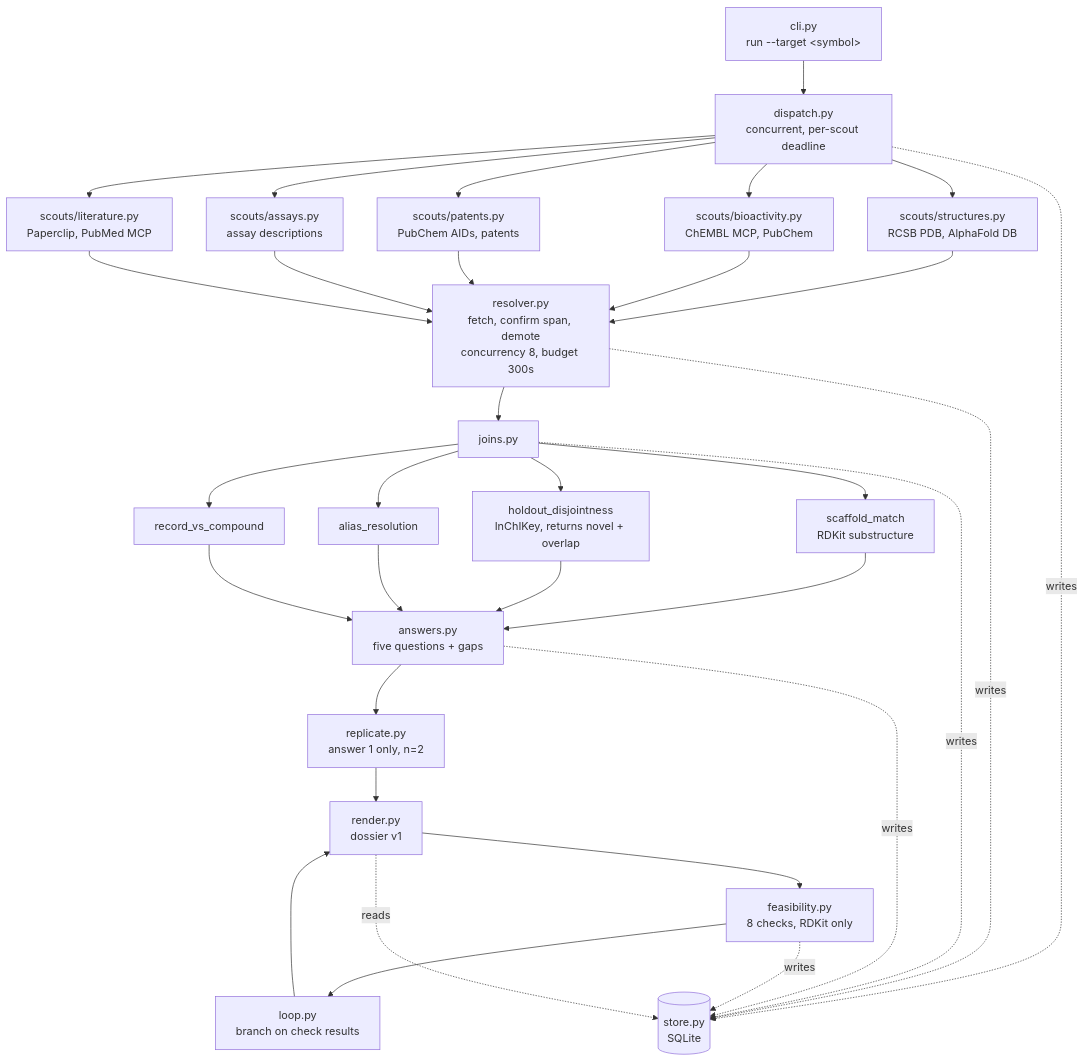
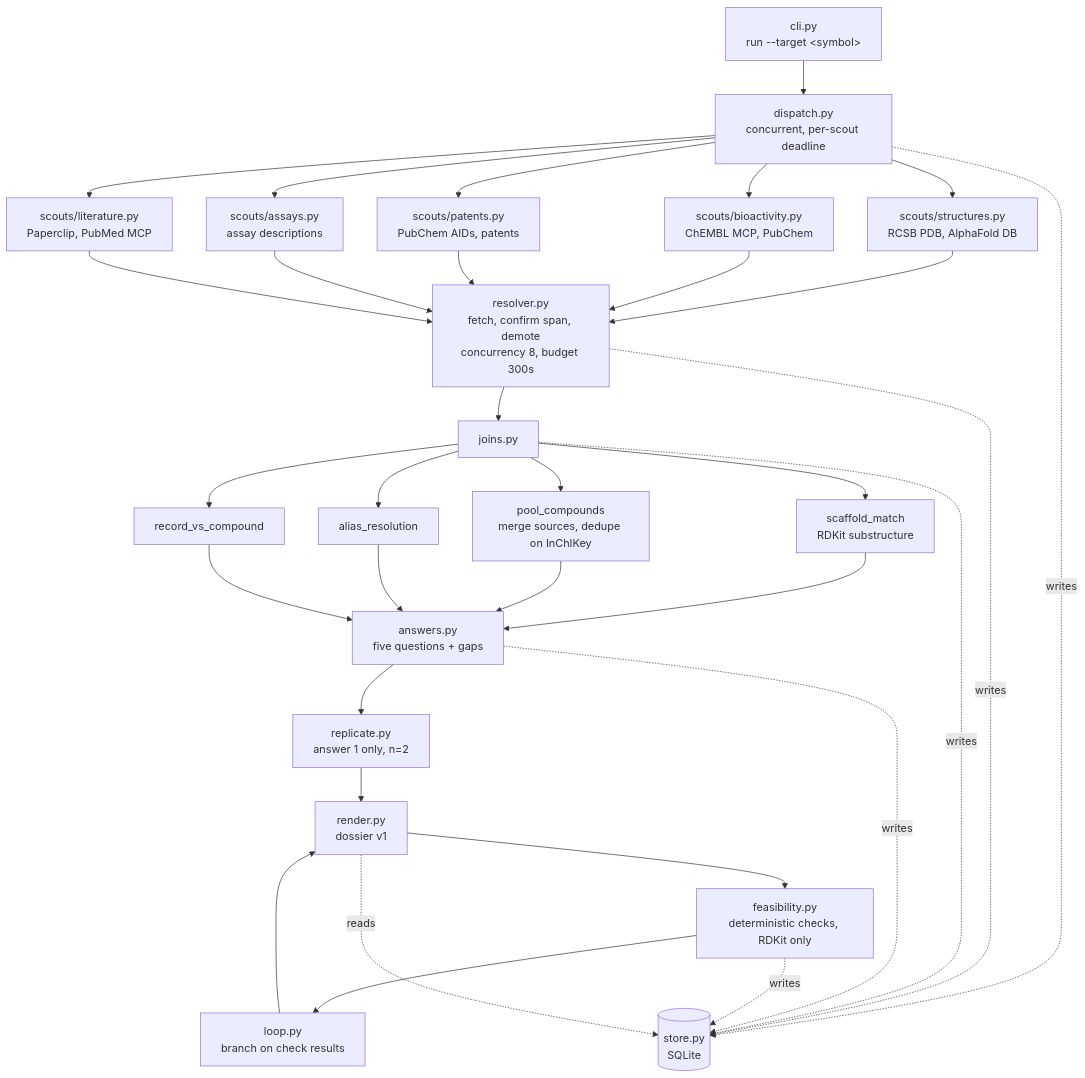
The first of 4 diagrams in docs/ARCHITECTURE.md (kowsercse/pgrn-lead-optimization), drawn with Mermaid before and after one commit. The commit also changed other lines of this file and 18 other files, not shown here.

````diff
--- a/docs/ARCHITECTURE.md
+++ b/docs/ARCHITECTURE.md
@@ -8,43 +8,43 @@
 ```mermaid
 flowchart TD
     CLI["cli.py<br/>run --target &lt;symbol&gt;"]
     STORE[("store.py<br/>SQLite")]
 
     CLI --> DISPATCH["dispatch.py<br/>concurrent, per-scout deadline"]
 
     DISPATCH --> SC1["scouts/structures.py<br/>RCSB PDB, AlphaFold DB"]
     DISPATCH --> SC2["scouts/bioactivity.py<br/>ChEMBL MCP, PubChem"]
     DISPATCH --> SC3["scouts/patents.py<br/>PubChem AIDs, patents"]
     DISPATCH --> SC4["scouts/assays.py<br/>assay descriptions"]
     DISPATCH --> SC5["scouts/literature.py<br/>Paperclip, PubMed MCP"]
 
     SC1 --> RES["resolver.py<br/>fetch, confirm span, demote<br/>concurrency 8, budget 300s"]
     SC2 --> RES
     SC3 --> RES
     SC4 --> RES
     SC5 --> RES
 
     RES --> JOINS["joins.py"]
     JOINS --> J1["scaffold_match<br/>RDKit substructure"]
-    JOINS --> J2["holdout_disjointness<br/>InChIKey, returns novel + overlap"]
+    JOINS --> J2["pool_compounds<br/>merge sources, dedupe on InChIKey"]
     JOINS --> J3["alias_resolution"]
     JOINS --> J4["record_vs_compound"]
 
     J1 --> ANS["answers.py<br/>five questions + gaps"]
     J2 --> ANS
     J3 --> ANS
     J4 --> ANS
 
     ANS --> REP["replicate.py<br/>answer 1 only, n=2"]
     REP --> RENDER["render.py<br/>dossier v1"]
-    RENDER --> CHK["feasibility.py<br/>8 checks, RDKit only"]
+    RENDER --> CHK["feasibility.py<br/>deterministic checks, RDKit only"]
     CHK --> LOOP["loop.py<br/>branch on check results"]
     LOOP --> RENDER
 
     DISPATCH -.writes.-> STORE
     RES -.writes.-> STORE
     JOINS -.writes.-> STORE
     ANS -.writes.-> STORE
     CHK -.writes.-> STORE
     RENDER -.reads.-> STORE
 ```
````
